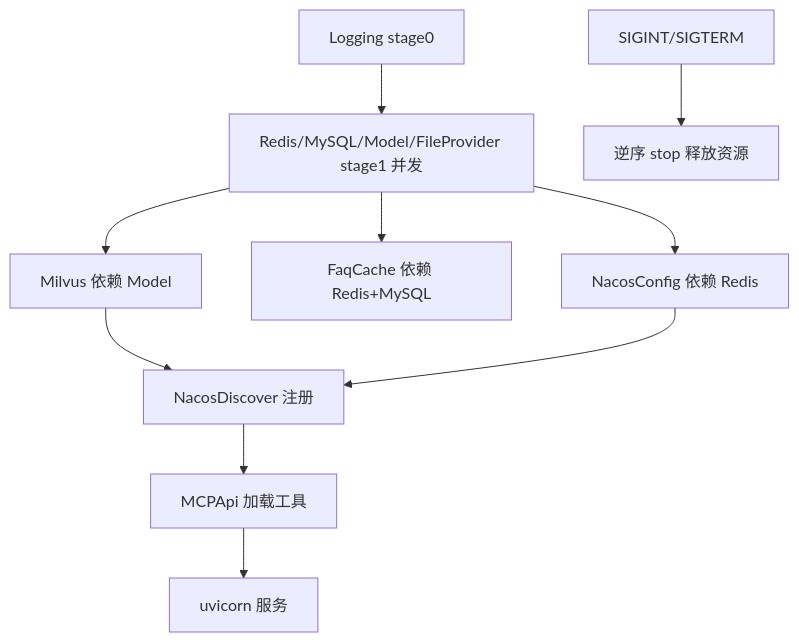
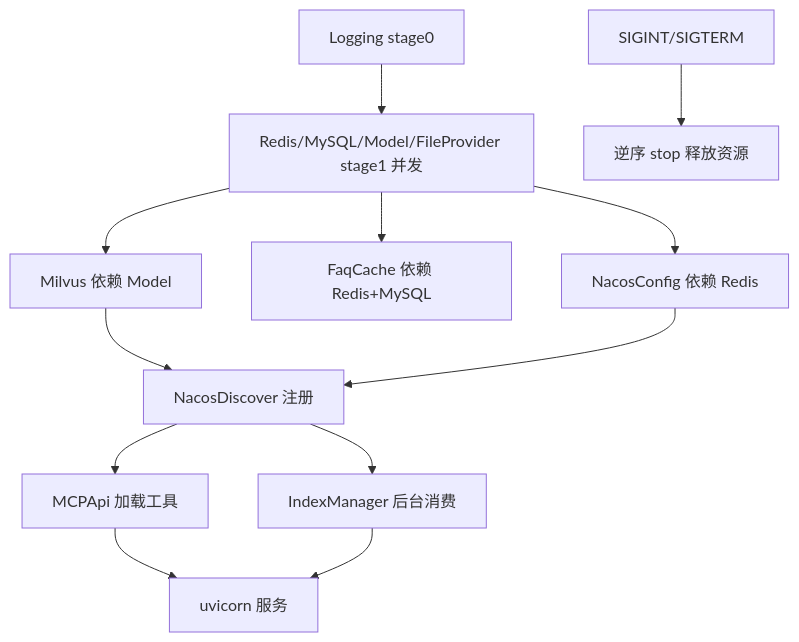
Before and after one commit to chengyan0079/multi-tenant-rag-platform: the third of 3 diagrams in README.md, drawn with Mermaid. The commit also changed other lines of this file and 18 other files, not shown here.

````diff
--- a/README.md
+++ b/README.md
@@ -39,12 +126,14 @@
 ```mermaid
 flowchart TD
     S0[Logging stage0] --> S1[Redis/MySQL/Model/FileProvider stage1 并发]
     S1 --> S2[Milvus 依赖 Model]
     S1 --> S2b[FaqCache 依赖 Redis+MySQL]
     S1 --> S2c[NacosConfig 依赖 Redis]
     S2 --> S3[NacosDiscover 注册]
     S2c --> S3
     S3 --> S3b[MCPApi 加载工具]
+    S3 --> S3c[IndexManager 后台消费]
     S3b --> RUN[uvicorn 服务]
+    S3c --> RUN
     SIG[SIGINT/SIGTERM] --> SH[逆序 stop 释放资源]
 ```
````
